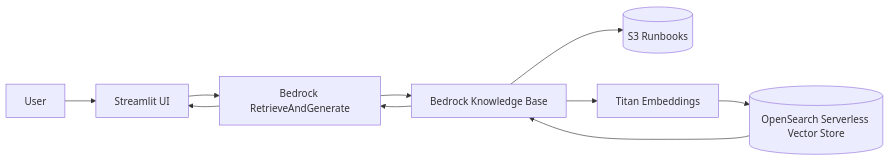
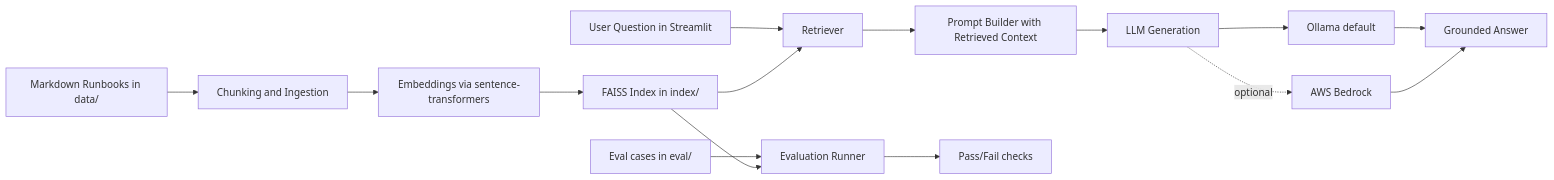
The first of 3 diagrams in README.md (Sankartk/ops-copilot-bedrock), drawn with Mermaid before and after one commit. The commit also changed other lines of this file and 35 other files, not shown here.

Commit message:
Ops Copilot RAG Runbook assistant with AWS incident pipeline

````diff
--- a/README.md
+++ b/README.md
@@ -41,12 +62,19 @@
 ```mermaid
 flowchart LR
-  U[User] --> UI[Streamlit UI]
-  UI --> RAG[Bedrock RetrieveAndGenerate]
-  RAG --> KB[Bedrock Knowledge Base]
-  KB --> S3[(S3 Runbooks)]
-  KB --> EMB[Titan Embeddings]
-  EMB --> OS[(OpenSearch Serverless Vector Store)]
-  OS --> KB
-  KB --> RAG
-  RAG --> UI
+    A[Markdown Runbooks in data/] --> B[Chunking and Ingestion]
+    B --> C[Embeddings via sentence-transformers]
+    C --> D[FAISS Index in index/]
+
+    U[User Question in Streamlit] --> E[Retriever]
+    D --> E
+    E --> F[Prompt Builder with Retrieved Context]
+    F --> G[LLM Generation]
+    G --> H[Ollama default]
+    G -. optional .-> I[AWS Bedrock]
+    H --> J[Grounded Answer]
+    I --> J
+
+    K[Eval cases in eval/] --> L[Evaluation Runner]
+    D --> L
+    L --> M[Pass/Fail checks]
 ```
````
